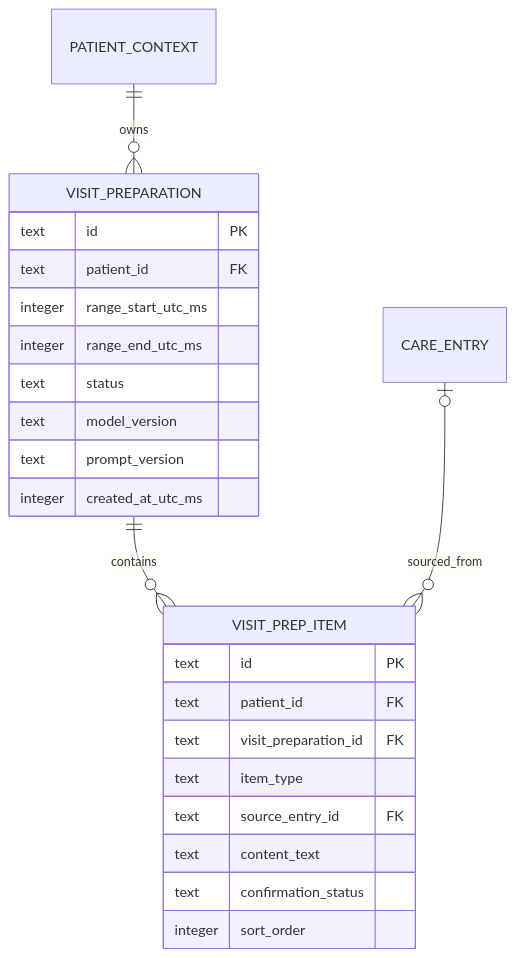
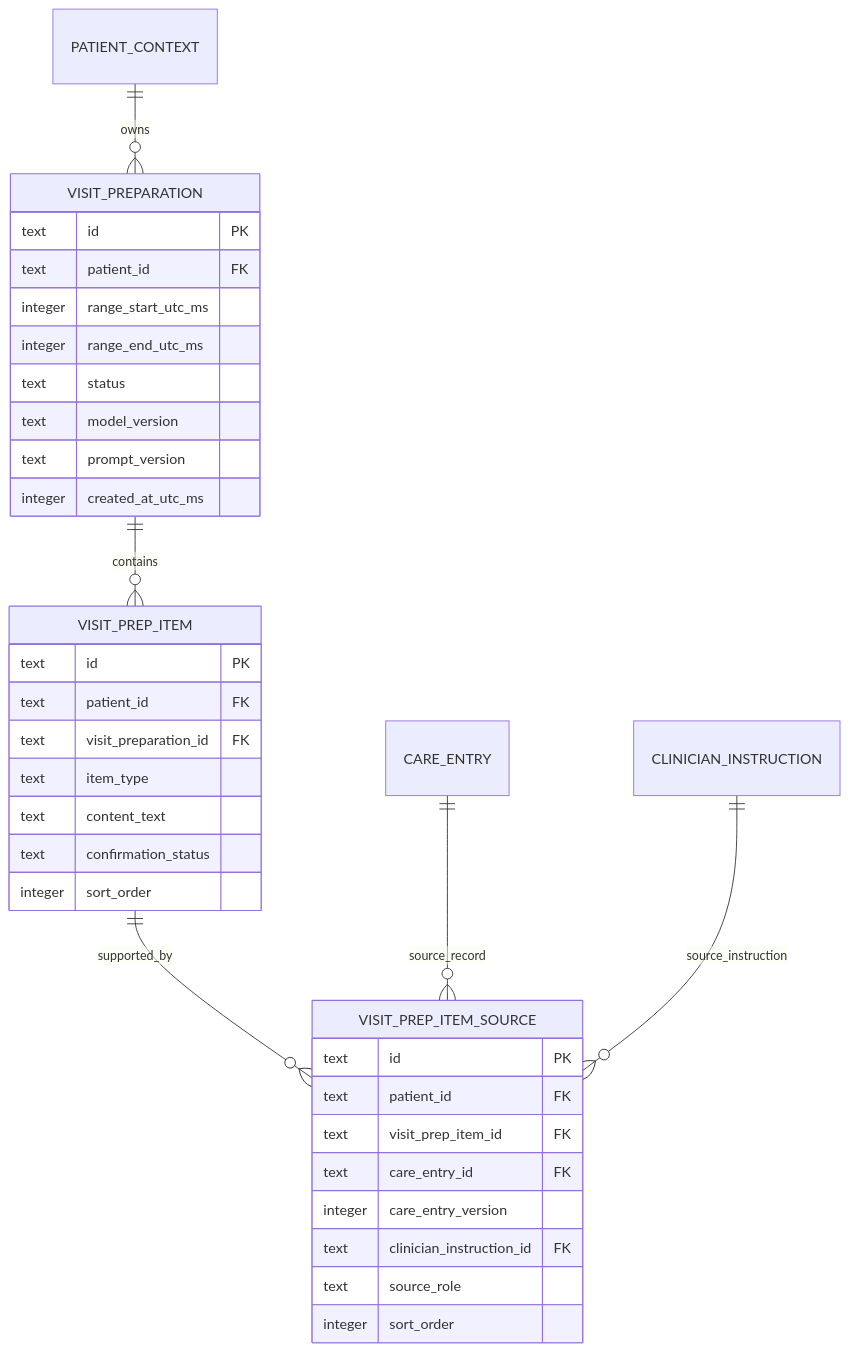
The third of 10 diagrams in docs/mobile_app_data_schema_design.md (Chun-Jihun/care_app), drawn with Mermaid before and after one commit. The commit also changed other lines of this file and 1 other file, not shown here.

````diff
--- a/docs/mobile_app_data_schema_design.md
+++ b/docs/mobile_app_data_schema_design.md
@@ -262,27 +282,38 @@
 ```mermaid
 erDiagram
     PATIENT_CONTEXT ||--o{ VISIT_PREPARATION : owns
     VISIT_PREPARATION ||--o{ VISIT_PREP_ITEM : contains
-    CARE_ENTRY o|--o{ VISIT_PREP_ITEM : sourced_from
+    VISIT_PREP_ITEM ||--o{ VISIT_PREP_ITEM_SOURCE : supported_by
+    CARE_ENTRY ||--o{ VISIT_PREP_ITEM_SOURCE : source_record
+    CLINICIAN_INSTRUCTION ||--o{ VISIT_PREP_ITEM_SOURCE : source_instruction
 
     VISIT_PREPARATION {
         text id PK
         text patient_id FK
         integer range_start_utc_ms
         integer range_end_utc_ms
         text status
         text model_version
         text prompt_version
         integer created_at_utc_ms
     }
     VISIT_PREP_ITEM {
         text id PK
         text patient_id FK
         text visit_preparation_id FK
         text item_type
-        text source_entry_id FK
         text content_text
         text confirmation_status
         integer sort_order
     }
+    VISIT_PREP_ITEM_SOURCE {
+        text id PK
+        text patient_id FK
+        text visit_prep_item_id FK
+        text care_entry_id FK
+        integer care_entry_version
+        text clinician_instruction_id FK
+        text source_role
+        integer sort_order
+    }
 ```
````
